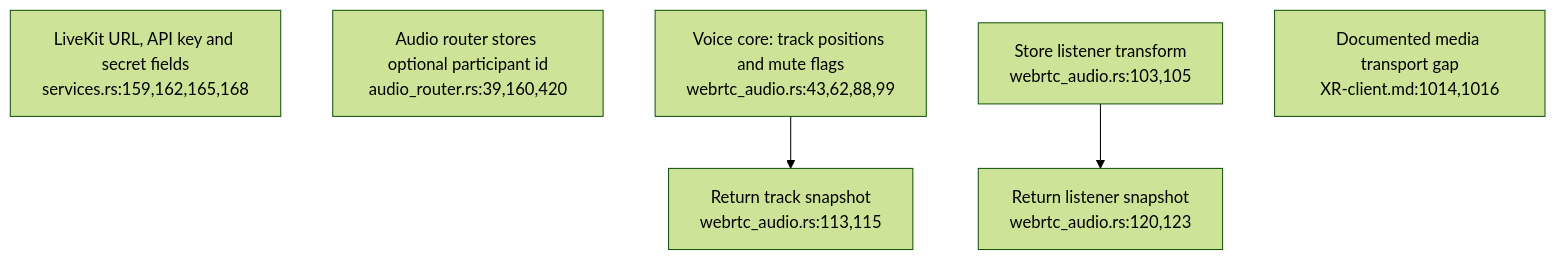
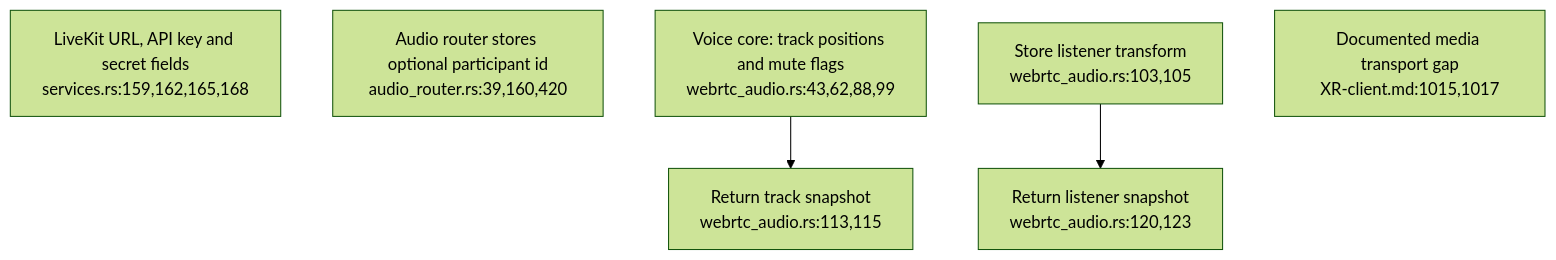
Before and after one commit to DreamLab-AI/VisionFlow: the first of 3 diagrams in docs/diagrams/visionclaw/50-deferred-space-voice.md, drawn with Mermaid (forest theme). The commit also changed other lines of this file and 154 other files, not shown here.

First line of the commit message:
docs(diagrams): re-stamp 154 topics whose every citation still reads the same text at the current heads

````diff
--- a/docs/diagrams/visionclaw/50-deferred-space-voice.md
+++ b/docs/diagrams/visionclaw/50-deferred-space-voice.md
@@ -28,8 +28,8 @@
 ```mermaid
 flowchart TD
     CONFIG["LiveKit URL, API key and secret fields<br/>services.rs:159,162,165,168"]
     ROUTER["Audio router stores optional participant id<br/>audio_router.rs:39,160,420"]
     TRACKS["Voice core: track positions and mute flags<br/>webrtc_audio.rs:43,62,88,99"] --> SNAP["Return track snapshot<br/>webrtc_audio.rs:113,115"]
     LISTENER["Store listener transform<br/>webrtc_audio.rs:103,105"] --> READ["Return listener snapshot<br/>webrtc_audio.rs:120,123"]
-    GAP["Documented media transport gap<br/>XR-client.md:1014,1016"]
+    GAP["Documented media transport gap<br/>XR-client.md:1015,1017"]
 ```
````
